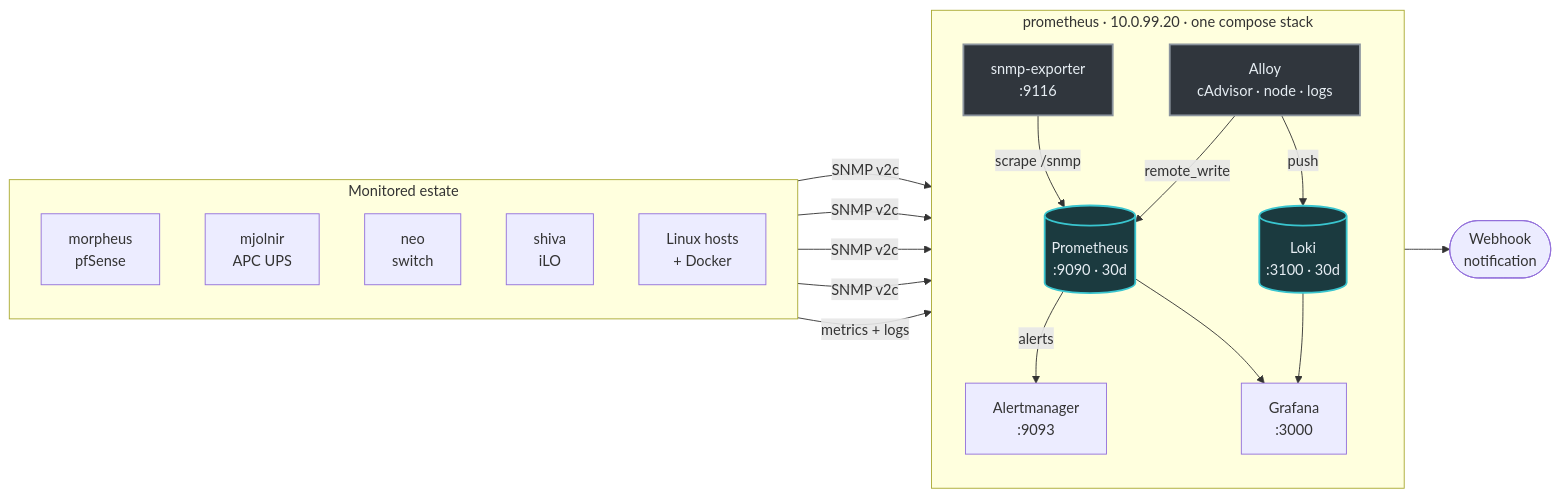
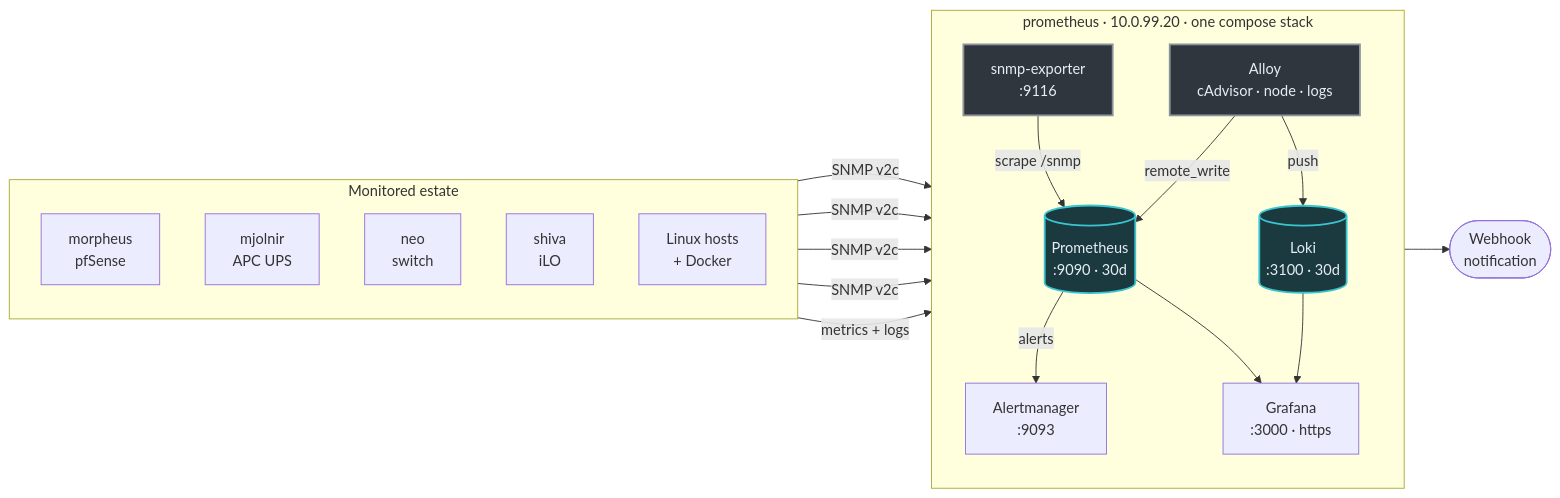
Before and after one commit to Gerrrt/HomeLab: the second of 2 diagrams in docs/architecture.md, drawn with Mermaid. The commit also changed other lines of this file and 6 other files, not shown here.

````diff
--- a/docs/architecture.md
+++ b/docs/architecture.md
@@ -101,46 +101,46 @@
 ```mermaid
 graph LR
     subgraph Sources["Monitored estate"]
         direction TB
         PF["morpheus<br/>pfSense"]
         UPSD["mjolnir<br/>APC UPS"]
         SWD["neo<br/>switch"]
         ILO["shiva<br/>iLO"]
         HOSTS["Linux hosts<br/>+ Docker"]
     end
 
     subgraph Stack["prometheus · 10.0.99.20 · one compose stack"]
         direction TB
         SNMP["snmp-exporter<br/>:9116"]
         ALLOY["Alloy<br/>cAdvisor · node · logs"]
         PROM[("Prometheus<br/>:9090 · 30d")]
         LOKI[("Loki<br/>:3100 · 30d")]
         AM["Alertmanager<br/>:9093"]
-        GRAF["Grafana<br/>:3000"]
+        GRAF["Grafana<br/>:3000 · https"]
     end
 
     OUT([Webhook<br/>notification])
 
     PF -->|SNMP v2c| SNMP
     UPSD -->|SNMP v2c| SNMP
     SWD -->|SNMP v2c| SNMP
     ILO -->|SNMP v2c| SNMP
     HOSTS -->|metrics + logs| ALLOY
 
     SNMP -->|scrape /snmp| PROM
     ALLOY -->|remote_write| PROM
     ALLOY -->|push| LOKI
     PROM -->|alerts| AM
     AM --> OUT
     PROM --> GRAF
     LOKI --> GRAF
 
     %% Deliberately outside the VLAN palette — this diagram is about data
     %% paths, not segments, and reusing a cable colour here would read as a
     %% claim about which segment a component is on. Grey means the same thing
     %% in both diagrams: plumbing. No dashes — that means "terminal" now.
     classDef store fill:#1b3a3f,stroke:#39c5cf,color:#e6edf3,stroke-width:2px
     classDef agent fill:#30363d,stroke:#8b949e,color:#e6edf3,stroke-width:2px
     class PROM,LOKI store
     class SNMP,ALLOY agent
 ```
````
